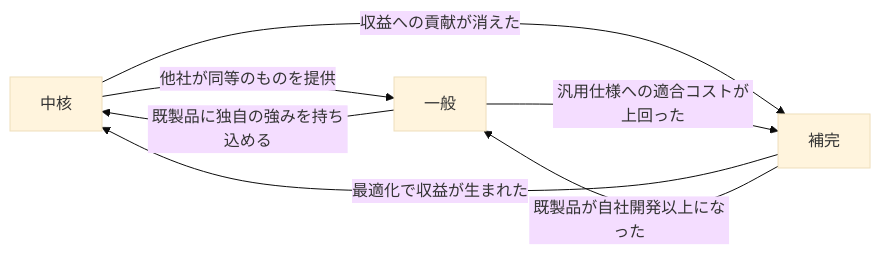
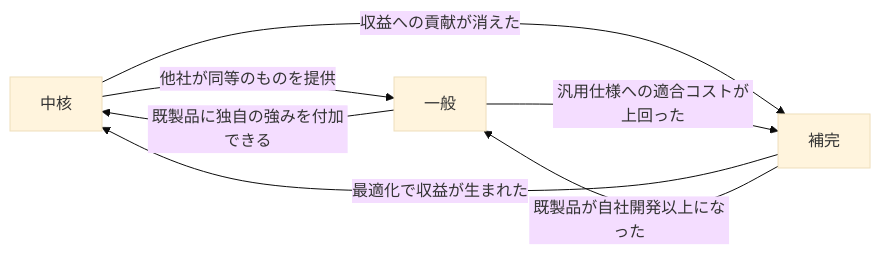
One commit to daidaiiro-519/daidaiiro changed the first of 3 diagrams in .claude/skills/ddd-advisor/references/knowledge/evolving-design.md. Above: the diagram before and after it, drawn with Mermaid (base theme). The commit also changed other lines of this file and 125 other files, not shown here.

````diff
--- a/.claude/skills/ddd-advisor/references/knowledge/evolving-design.md
+++ b/.claude/skills/ddd-advisor/references/knowledge/evolving-design.md
@@ -61,12 +61,12 @@
 ```mermaid
 flowchart LR
     n0["中核"]
     n1["一般"]
     n2["補完"]
     n0 -->|"他社が同等のものを提供"| n1
-    n1 -->|"既製品に独自の強みを持ち込める"| n0
+    n1 -->|"既製品に独自の強みを付加できる"| n0
     n0 -->|"収益への貢献が消えた"| n2
     n2 -->|"最適化で収益が生まれた"| n0
     n2 -->|"既製品が自社開発以上になった"| n1
     n1 -->|"汎用仕様への適合コストが上回った"| n2
 ```
````
